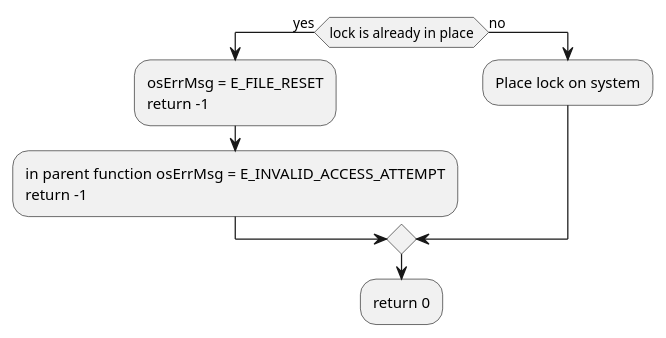
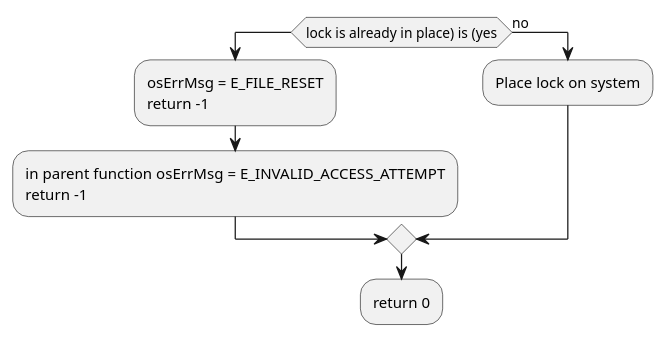
The third of 20 diagrams in Plan.org (HawaiinPizza/CIS-450-final-project), drawn with PlantUML before and after one commit. The commit also changed other lines of this file and 7 other files, not shown here.

```diff
--- a/Plan.org
+++ b/Plan.org
@@ -353,13 +360,13 @@
      #+BEGIN_SRC plantuml  :file Plant/FS_RESET.png
      @startuml
-	if(lock is already in place) then (yes)
+	if(lock is already in place) is (yes)
 		:osErrMsg = E_FILE_RESET
 		return -1;
 		:in parent function osErrMsg = E_INVALID_ACCESS_ATTEMPT
 		return -1;
 	else (no)
 		:Place lock on system;
 	endif
 	:return 0;
 	@enduml
      #+END_SRC
```
